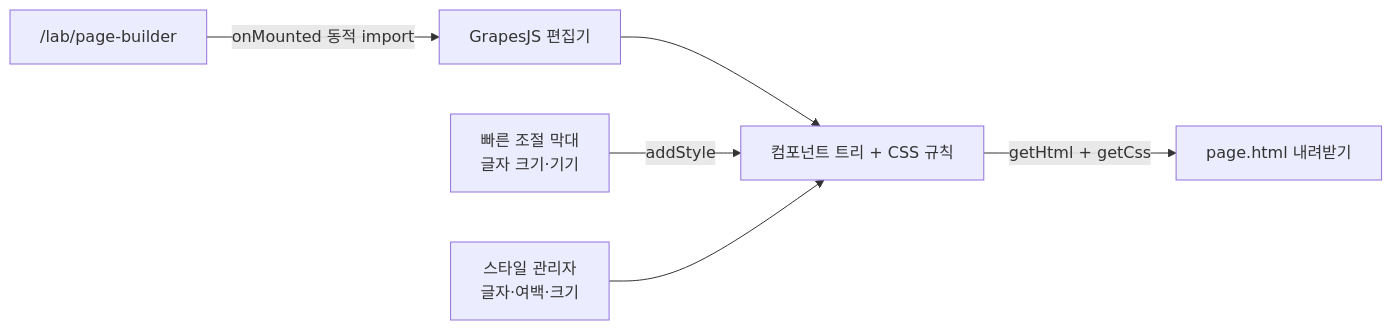
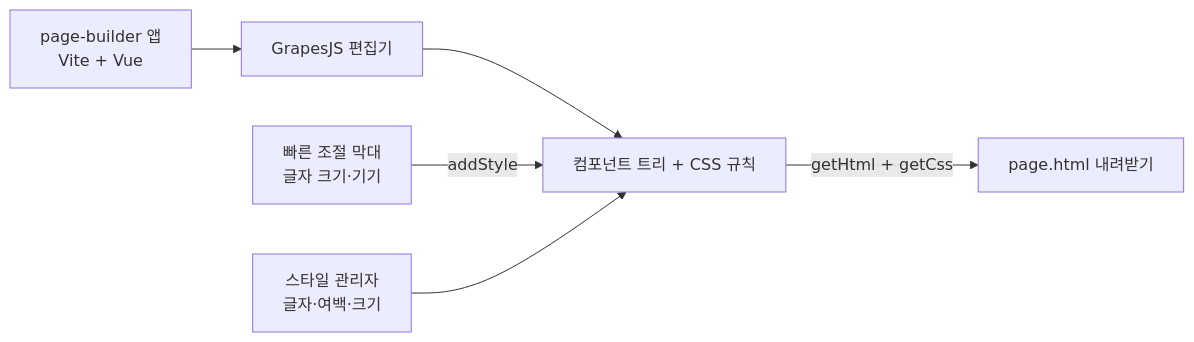
Before and after one commit to devcy0922/devcy0922.github.io: the diagram in docs/lab/page-builder.md, drawn with Mermaid. The commit also changed other lines of this file and 25 other files, not shown here.

````diff
--- a/docs/lab/page-builder.md
+++ b/docs/lab/page-builder.md
@@ -23,8 +23,8 @@
 ```mermaid
 flowchart LR
-    Page["/lab/page-builder"] -->|onMounted 동적 import| GJS["GrapesJS 편집기"]
+    App["page-builder 앱<br/>Vite + Vue"] --> GJS["GrapesJS 편집기"]
     GJS --> Model["컴포넌트 트리 + CSS 규칙"]
     Quick["빠른 조절 막대<br/>글자 크기·기기"] -->|addStyle| Model
     Panel["스타일 관리자<br/>글자·여백·크기"] --> Model
     Model -->|getHtml + getCss| File["page.html 내려받기"]
 ```
````
